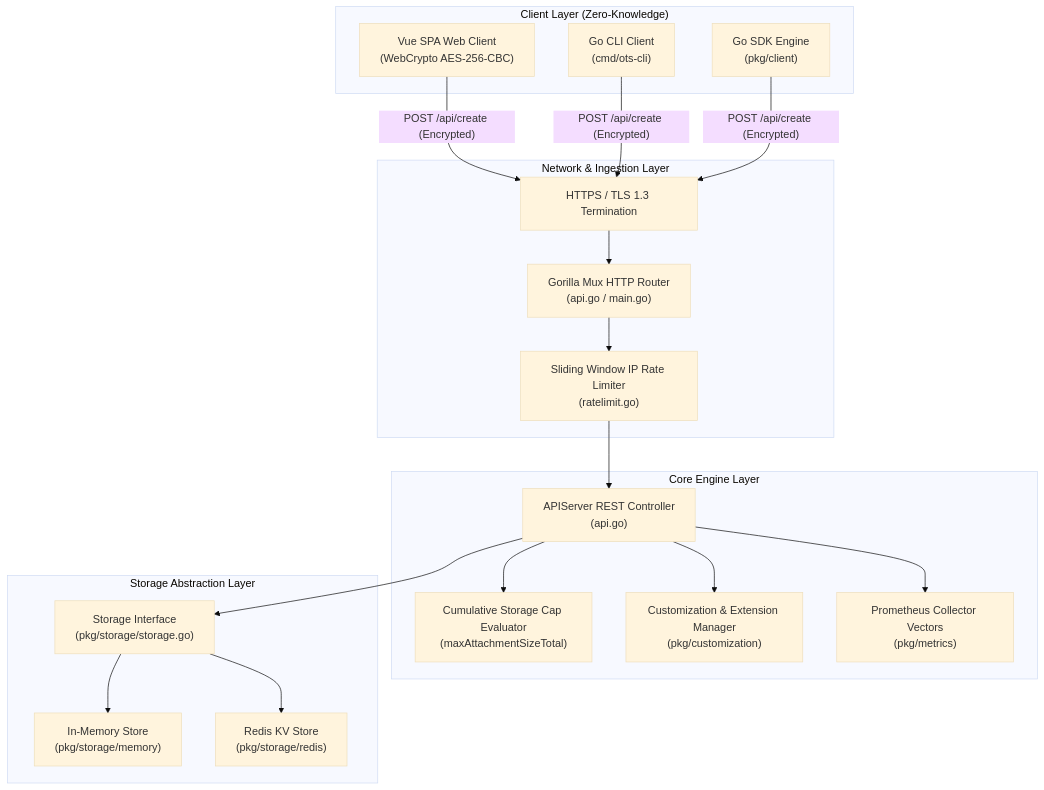
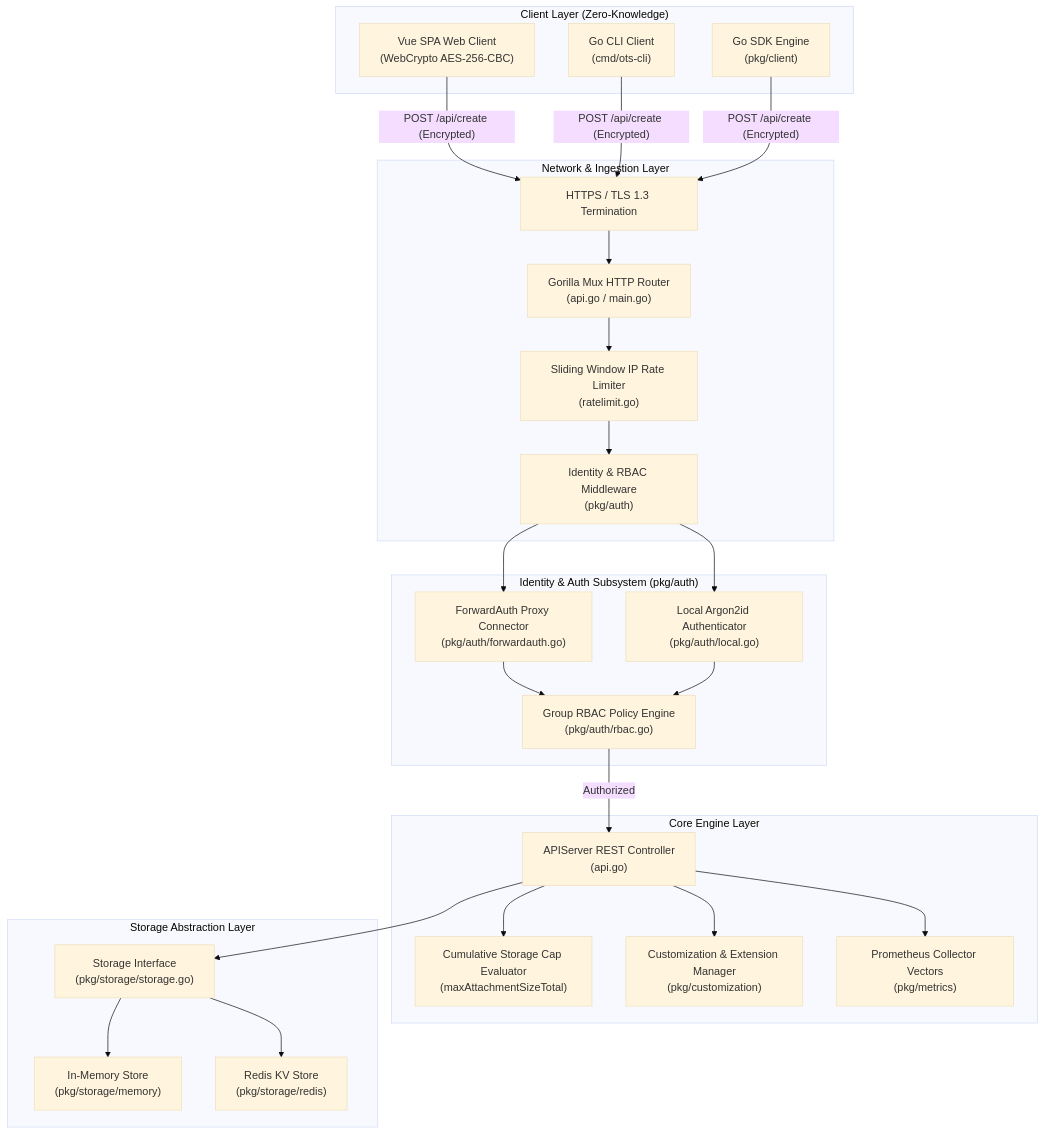
The first of 4 diagrams in ARCHITECTURE.md (edsilegxrepo/ots), drawn with Mermaid (base theme) before and after one commit.

Commit message:
docs(arch): add identity & auth subsystem (pkg/auth) to Mermaid architecture diagram

````diff
--- a/ARCHITECTURE.md
+++ b/ARCHITECTURE.md
@@ -10,43 +10,55 @@
 ```mermaid
 graph TD
     subgraph "Client Layer (Zero-Knowledge)"
         WebUI["Vue SPA Web Client<br/>(WebCrypto AES-256-CBC)"]
         CLIClient["Go CLI Client<br/>(cmd/ots-cli)"]
         SDKClient["Go SDK Engine<br/>(pkg/client)"]
     end
 
     subgraph "Network & Ingestion Layer"
         TLS["HTTPS / TLS 1.3 Termination"]
         Mux["Gorilla Mux HTTP Router<br/>(api.go / main.go)"]
         RateLimiter["Sliding Window IP Rate Limiter<br/>(ratelimit.go)"]
+        AuthMiddleware["Identity & RBAC Middleware<br/>(pkg/auth)"]
+    end
+
+    subgraph "Identity & Auth Subsystem (pkg/auth)"
+        ForwardAuth["ForwardAuth Proxy Connector<br/>(pkg/auth/forwardauth.go)"]
+        LocalArgon2["Local Argon2id Authenticator<br/>(pkg/auth/local.go)"]
+        RBACEvaluator["Group RBAC Policy Engine<br/>(pkg/auth/rbac.go)"]
     end
 
     subgraph "Core Engine Layer"
         APIServer["APIServer REST Controller<br/>(api.go)"]
         CapEngine["Cumulative Storage Cap Evaluator<br/>(maxAttachmentSizeTotal)"]
         CustEngine["Customization & Extension Manager<br/>(pkg/customization)"]
         MetricsVec["Prometheus Collector Vectors<br/>(pkg/metrics)"]
     end
 
     subgraph "Storage Abstraction Layer"
         StoreIntf["Storage Interface<br/>(pkg/storage/storage.go)"]
         MemEngine["In-Memory Store<br/>(pkg/storage/memory)"]
         RedisEngine["Redis KV Store<br/>(pkg/storage/redis)"]
     end
 
     WebUI -->|"POST /api/create (Encrypted)"| TLS
     CLIClient -->|"POST /api/create (Encrypted)"| TLS
     SDKClient -->|"POST /api/create (Encrypted)"| TLS
 
     TLS --> Mux
     Mux --> RateLimiter
-    RateLimiter --> APIServer
+    RateLimiter --> AuthMiddleware
+    AuthMiddleware --> ForwardAuth
+    AuthMiddleware --> LocalArgon2
+    ForwardAuth --> RBACEvaluator
+    LocalArgon2 --> RBACEvaluator
+    RBACEvaluator -->|"Authorized"| APIServer
 
     APIServer --> CapEngine
     APIServer --> CustEngine
     APIServer --> MetricsVec
     APIServer --> StoreIntf
 
     StoreIntf --> MemEngine
     StoreIntf --> RedisEngine
 ```
````
